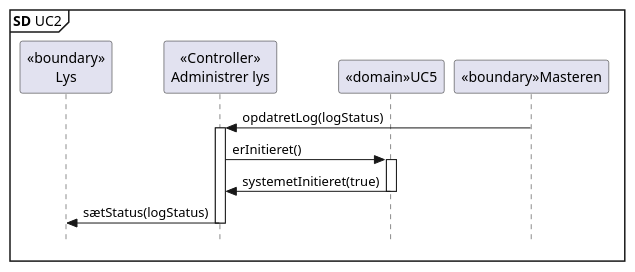
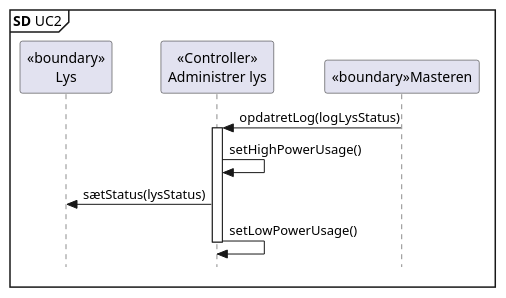
The diagram in SysML/Software Arkitektur-Design/UC2 AM/SD UC2.puml (Tukkel/Projekt_2), drawn with PlantUML before and after one commit. The commit also changed 3 other files, not shown here.

```diff
--- a/SysML/Software Arkitektur-Design/UC2 AM/SD UC2.puml
+++ b/SysML/Software Arkitektur-Design/UC2 AM/SD UC2.puml
@@ -1,20 +1,17 @@
 @startuml SD UC2
 skinparam style strictuml
 
 mainframe **SD** UC2
 
 participant "<<boundary>>\nLys" as L
 participant "<<Controller>>\nAdministrer lys" as AL
-participant "<<domain>>UC5" as UC5
 participant "<<boundary>>Masteren" as M
 
-M -> AL : opdatretLog(logStatus)
+M -> AL : opdatretLog(logLysStatus)
 activate AL
-AL -> UC5 : erInitieret()
-activate UC5
-UC5 -> AL : systemetInitieret(true)
-deactivate UC5
-AL -> L : sætStatus(logStatus)
+AL -> AL : setHighPowerUsage()
+AL -> L : sætStatus(lysStatus)
+AL -> AL : setLowPowerUsage()
+
 deactivate AL
-
 @enduml
```
